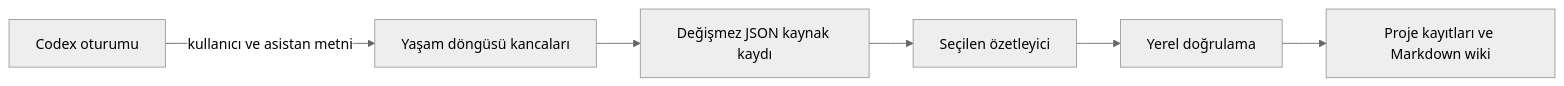
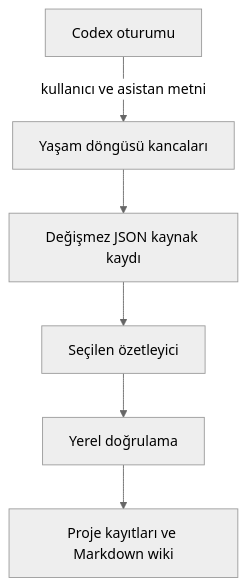
Before and after one commit to noon49-code/SourceNest: the diagram in README.tr.md, drawn with Mermaid (neutral theme). The commit also changed other lines of this file and 3 other files, not shown here.

Commit message:
docs: correct storage claims and clarify provider data flow

```diff
--- a/README.tr.md
+++ b/README.tr.md
@@ -11,8 +13,8 @@
 ~~~mermaid
-flowchart LR
+flowchart TD
     A[Codex oturumu] -->|kullanıcı ve asistan metni| B[Yaşam döngüsü kancaları]
     B --> C[Değişmez JSON kaynak kaydı]
     C --> D[Seçilen özetleyici]
     D --> E[Yerel doğrulama]
     E --> F[Proje kayıtları ve Markdown wiki]
 ~~~
```
